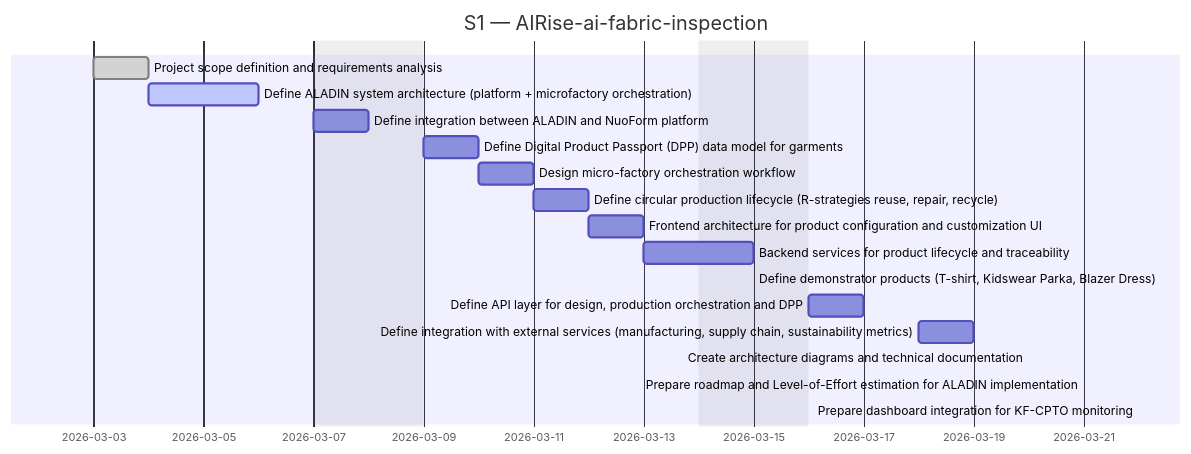
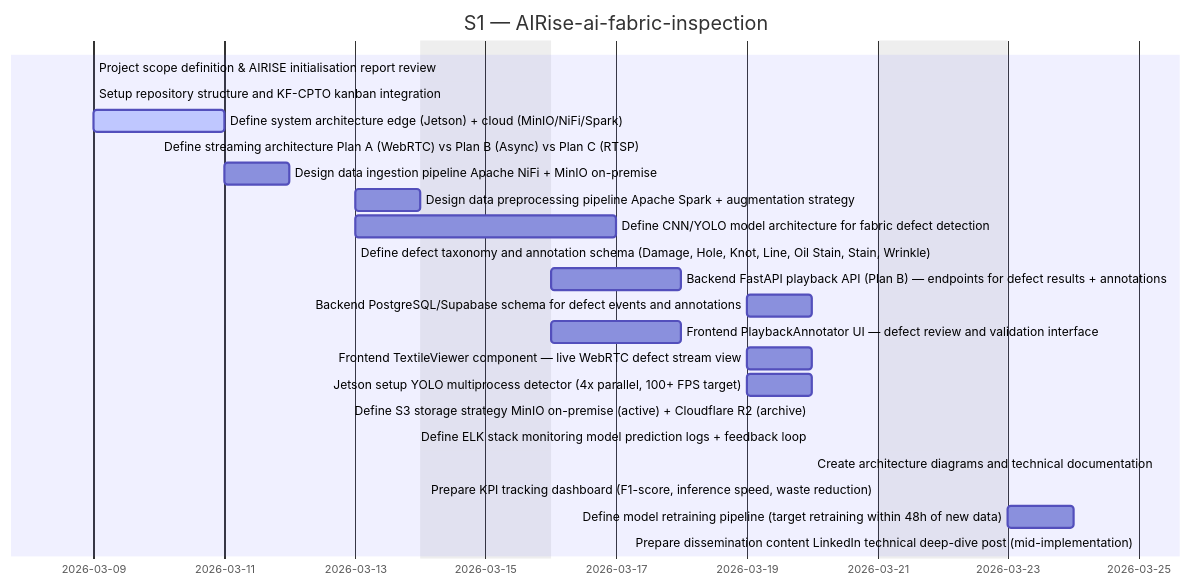
Before and after one commit to Katty-Fashion/kf-cpto: the second of 3 diagrams in docs/_projects/AIRise-ai-fabric-inspection.md, drawn with Mermaid. The commit also changed other lines of this file and 10 other files, not shown here.

````diff
--- a/docs/_projects/AIRise-ai-fabric-inspection.md
+++ b/docs/_projects/AIRise-ai-fabric-inspection.md
@@ -86,21 +96,26 @@
 ```mermaid
 gantt
     title S1 — AIRise-ai-fabric-inspection
     dateFormat YYYY-MM-DD
     excludes weekends
 
-    Project scope definition and requirements analysis :done, 2026-03-03, 2026-03-04
-    Define ALADIN system architecture (platform + microfactory orchestration) :active, 2026-03-04, 2026-03-06
-    Define integration between ALADIN and NuoForm platform :2026-03-07, 2026-03-08
-    Define Digital Product Passport (DPP) data model for garments :2026-03-09, 2026-03-10
-    Design micro-factory orchestration workflow :2026-03-10, 2026-03-11
-    Define circular production lifecycle (R-strategies  reuse, repair, recycle) :2026-03-11, 2026-03-12
-    Frontend architecture for product configuration and customization UI :2026-03-12, 2026-03-13
-    Backend services for product lifecycle and traceability :2026-03-13, 2026-03-15
-    Define demonstrator products (T-shirt, Kidswear Parka, Blazer Dress) :2026-03-15, 2026-03-15
-    Define API layer for design, production orchestration and DPP :2026-03-16, 2026-03-17
-    Define integration with external services (manufacturing, supply chain, sustainability metrics) :2026-03-18, 2026-03-19
+    Project scope definition & AIRISE initialisation report review :done, 2026-03-09, 2026-03-09
+    Setup repository structure and KF-CPTO kanban integration :done, 2026-03-09, 2026-03-09
+    Define system architecture  edge (Jetson) + cloud (MinIO/NiFi/Spark) :active, 2026-03-09, 2026-03-11
+    Define streaming architecture  Plan A (WebRTC) vs Plan B (Async) vs Plan C (RTSP) :active, 2026-03-10, 2026-03-10
+    Design data ingestion pipeline  Apache NiFi + MinIO on-premise :2026-03-11, 2026-03-12
+    Design data preprocessing pipeline  Apache Spark + augmentation strategy :2026-03-13, 2026-03-14
+    Define CNN/YOLO model architecture for fabric defect detection :2026-03-13, 2026-03-17
+    Define defect taxonomy and annotation schema (Damage, Hole, Knot, Line, Oil Stain, Stain, Wrinkle) :2026-03-13, 2026-03-13
+    Backend  FastAPI playback API (Plan B) — endpoints for defect results + annotations :2026-03-16, 2026-03-18
+    Backend  PostgreSQL/Supabase schema for defect events and annotations :2026-03-19, 2026-03-20
+    Frontend  PlaybackAnnotator UI — defect review and validation interface :2026-03-16, 2026-03-18
+    Frontend  TextileViewer component — live WebRTC defect stream view :2026-03-19, 2026-03-20
+    Jetson setup  YOLO multiprocess detector (4x parallel, 100+ FPS target) :2026-03-19, 2026-03-20
+    Define S3 storage strategy  MinIO on-premise (active) + Cloudflare R2 (archive) :2026-03-20, 2026-03-20
+    Define ELK stack monitoring  model prediction logs + feedback loop :2026-03-20, 2026-03-20
     Create architecture diagrams and technical documentation :2026-03-20, 2026-03-20
-    Prepare roadmap and Level-of-Effort estimation for ALADIN implementation :2026-03-21, 2026-03-21
-    Prepare dashboard integration for KF-CPTO monitoring :2026-03-22, 2026-03-22
+    Prepare KPI tracking dashboard (F1-score, inference speed, waste reduction) :2026-03-21, 2026-03-21
+    Define model retraining pipeline (target  retraining within 48h of new data) :2026-03-23, 2026-03-24
+    Prepare dissemination content  LinkedIn technical deep-dive post (mid-implementation) :2026-03-25, 2026-03-25
 ```
````
